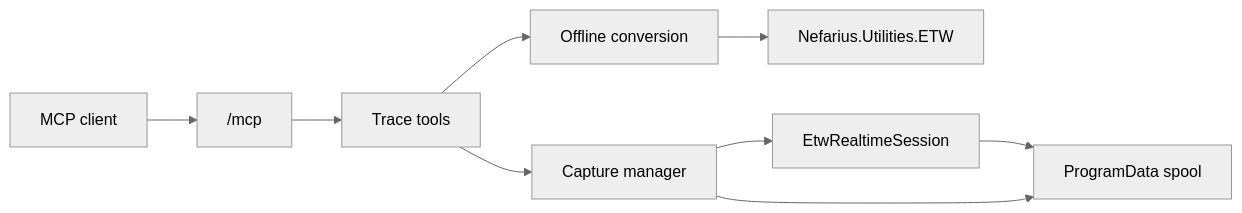
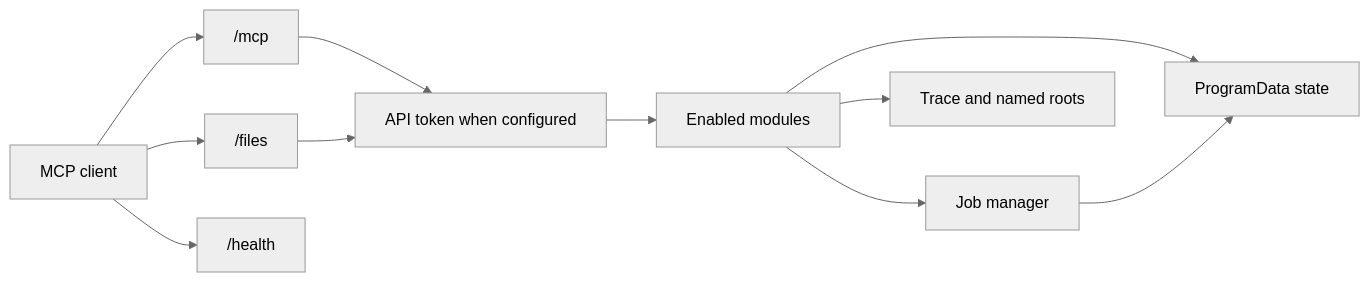
The diagram in docs/architecture.md (nefarius/Vestigo), drawn with Mermaid (neutral theme) before and after one commit. The commit also changed other lines of this file and 14 other files, not shown here.

````diff
--- a/docs/architecture.md
+++ b/docs/architecture.md
@@ -5,11 +5,13 @@
 ```mermaid
 flowchart LR
     client[MCP client] --> mcp["/mcp"]
-    mcp --> tools[Trace tools]
-    tools --> offline[Offline conversion]
-    tools --> jobs[Capture manager]
-    offline --> etw[Nefarius.Utilities.ETW]
-    jobs --> session[EtwRealtimeSession]
-    session --> spool[ProgramData spool]
-    jobs --> spool
+    client --> filesHttp["/files"]
+    client --> health["/health"]
+    mcp --> auth[API token when configured]
+    filesHttp --> auth
+    auth --> modules[Enabled modules]
+    modules --> jobs[Job manager]
+    modules --> roots[Trace and named roots]
+    modules --> state[ProgramData state]
+    jobs --> state
 ```
````
